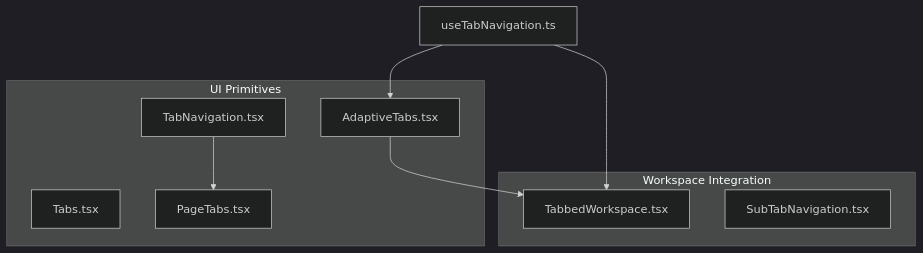
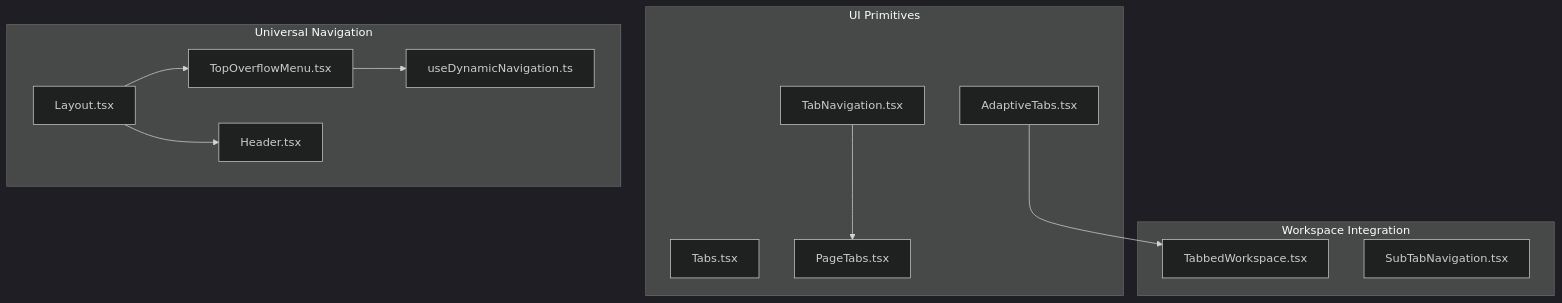
The first of 5 diagrams in .qoder/repowiki/en/content/UI Components/Navigation Components.md (geniusdynamics/schoolpilot), drawn with Mermaid (dark theme) before and after one commit. The commit also changed other lines of this file and 311 other files, not shown here.

````diff
--- a/.qoder/repowiki/en/content/UI Components/Navigation Components.md
+++ b/.qoder/repowiki/en/content/UI Components/Navigation Components.md
@@ -38,18 +52,24 @@
 ```mermaid
 graph TB
 subgraph "UI Primitives"
 A["Tabs.tsx"]
 B["TabNavigation.tsx"]
 C["PageTabs.tsx"]
 D["AdaptiveTabs.tsx"]
 end
 subgraph "Workspace Integration"
 E["TabbedWorkspace.tsx"]
 F["SubTabNavigation.tsx"]
 end
-G["useTabNavigation.ts"]
+subgraph "Universal Navigation"
+G["TopOverflowMenu.tsx"]
+H["useDynamicNavigation.ts"]
+I["Layout.tsx"]
+J["Header.tsx"]
+end
 B --> C
 D --> E
-G --> D
-G --> E
+G --> H
+I --> G
+I --> J
 ```
````
